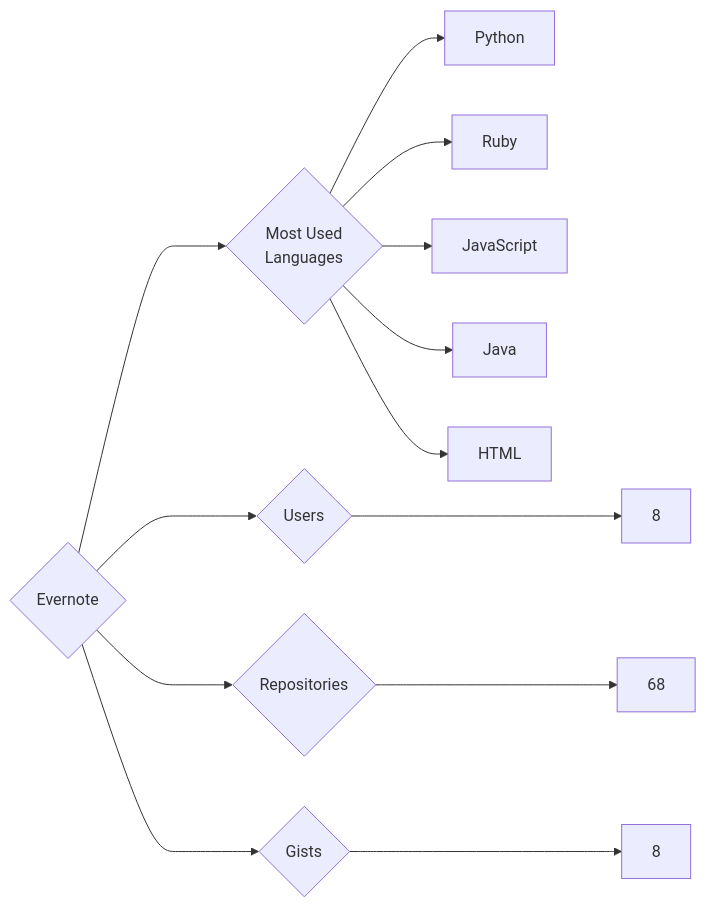
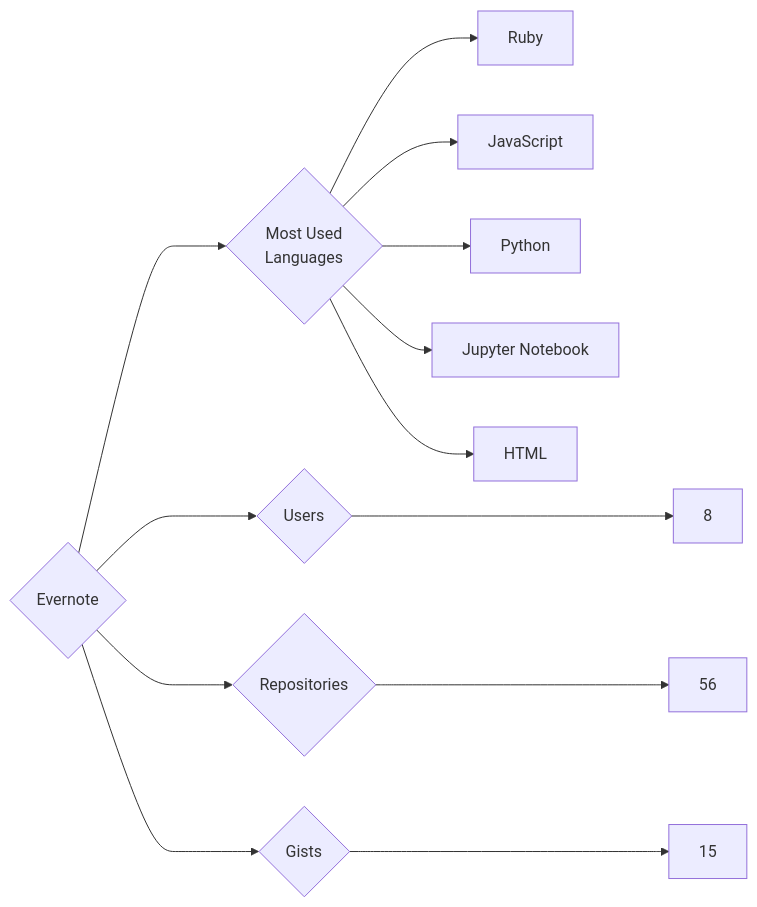
Before and after one commit to trickest/insiders: the diagram in targets/Evernote/README.md, drawn with Mermaid. The commit also changed 993 other files, not shown here.

````diff
--- a/targets/Evernote/README.md
+++ b/targets/Evernote/README.md
@@ -3,13 +3,13 @@
 ```mermaid
 graph LR
 COMPANY_NAME{Evernote}
 COMPANY_NAME ---> U{Users} ---> UN[8]
-COMPANY_NAME ---> R{Repositories} ---> RN[68]
-COMPANY_NAME ---> G{Gists} ---> GN[8]
+COMPANY_NAME ---> R{Repositories} ---> RN[56]
+COMPANY_NAME ---> G{Gists} ---> GN[15]
 COMPANY_NAME ---> ML{Most Used<br>Languages}
-ML --> Python[Python]
 ML --> Ruby[Ruby]
 ML --> JavaScript[JavaScript]
-ML --> Java[Java]
+ML --> Python[Python]
+ML --> Jupyter_Notebook[Jupyter Notebook]
 ML --> HTML[HTML]
 ```
````
